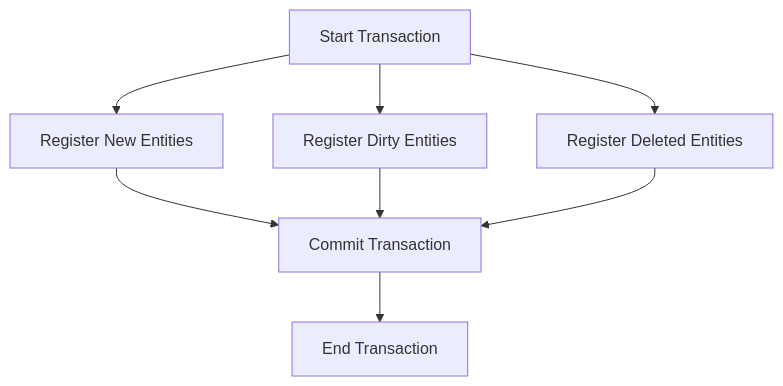
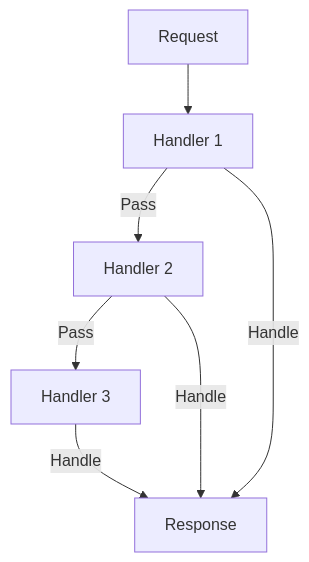
The diagram in content/patterns-clojure/8/4/index.md (MasteryEducation/SoftwarePatternsLexicon.com), drawn with Mermaid before and after one commit. The commit also changed other lines of this file and 462 other files, not shown here.

````diff
--- a/content/patterns-clojure/8/4/index.md
+++ b/content/patterns-clojure/8/4/index.md
@@ -121,10 +154,9 @@
 ```mermaid
 graph TD;
-    A[Start Transaction] --> B[Register New Entities];
-    A --> C[Register Dirty Entities];
-    A --> D[Register Deleted Entities];
-    B --> E[Commit Transaction];
-    C --> E;
-    D --> E;
-    E --> F[End Transaction];
+    A[Request] --> B[Handler 1];
+    B -->|Pass| C[Handler 2];
+    C -->|Pass| D[Handler 3];
+    D -->|Handle| E[Response];
+    B -->|Handle| E;
+    C -->|Handle| E;
 ```
````
